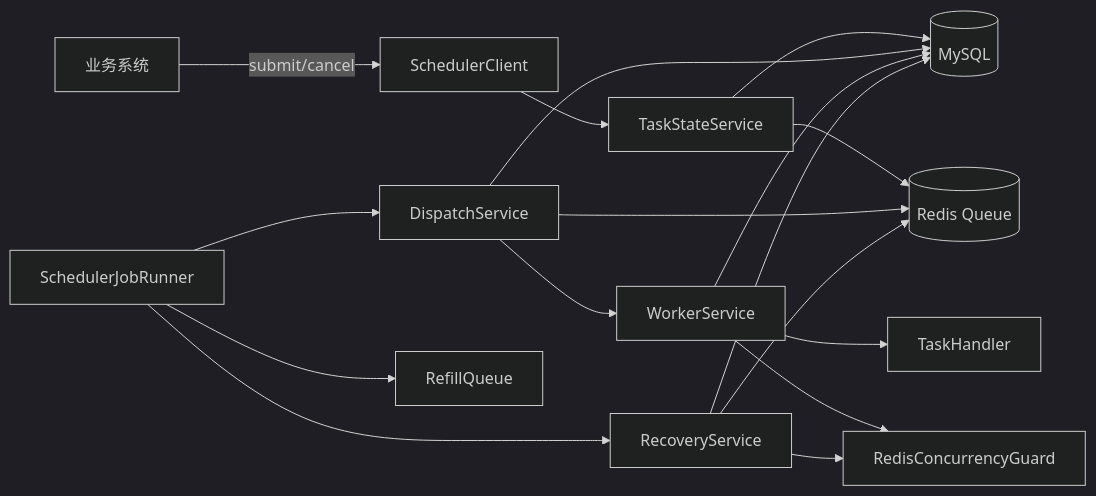
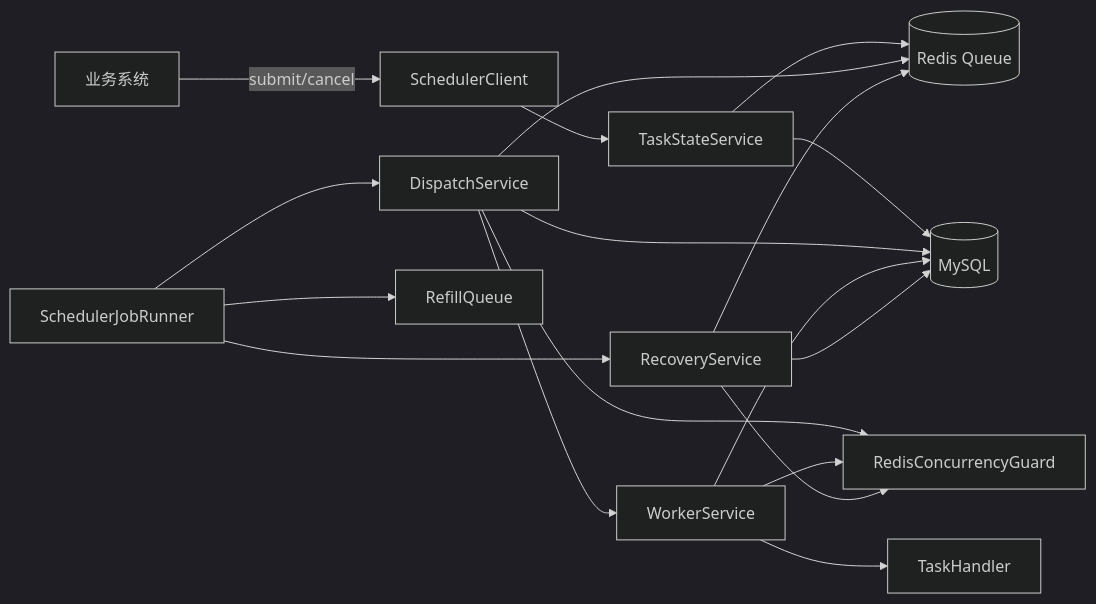
One commit to shuaidongshuai/user-task-scheduler changed the first of 4 diagrams in docs/技术方案设计.md. Above: the diagram before and after it, drawn with Mermaid (dark theme). The commit also changed other lines of this file and 11 other files, not shown here.

````diff
--- a/docs/技术方案设计.md
+++ b/docs/技术方案设计.md
@@ -23,24 +27,25 @@
 ```mermaid
 flowchart LR
     BIZ[业务系统] -->|submit/cancel| CLIENT[SchedulerClient]
     CLIENT --> STATE[TaskStateService]
 
     STATE --> DB[(MySQL)]
     STATE --> RQ[(Redis Queue)]
 
     JOB[SchedulerJobRunner] --> DISPATCH[DispatchService]
     JOB --> RECOVERY[RecoveryService]
     JOB --> REFILL[RefillQueue]
 
     DISPATCH --> RQ
+    DISPATCH --> GUARD[RedisConcurrencyGuard]
     DISPATCH --> DB
     DISPATCH --> WORKER[WorkerService]
 
     WORKER --> HANDLER[TaskHandler]
     WORKER --> DB
-    WORKER --> GUARD[RedisConcurrencyGuard]
+    WORKER --> GUARD
 
     RECOVERY --> DB
     RECOVERY --> RQ
     RECOVERY --> GUARD
 ```
````
